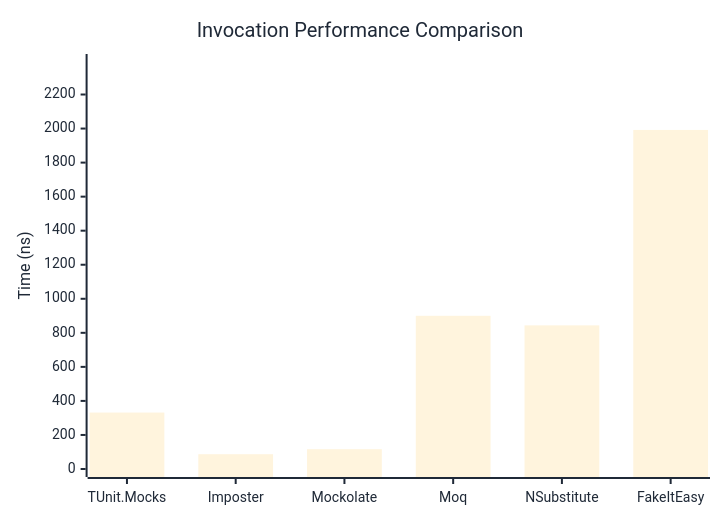
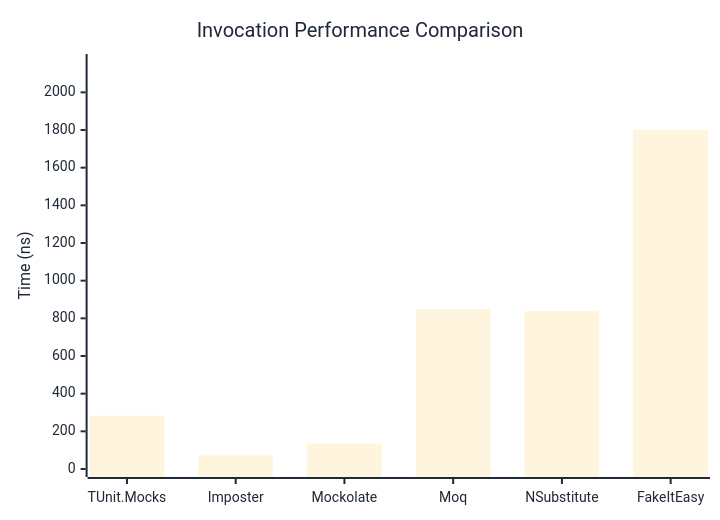
One commit to thomhurst/TUnit changed the first of 3 diagrams in docs/docs/benchmarks/mocks/Invocation.md. Above: the diagram before and after it, drawn with Mermaid. The commit also changed other lines of this file and 14 other files, not shown here.

````diff
--- a/docs/docs/benchmarks/mocks/Invocation.md
+++ b/docs/docs/benchmarks/mocks/Invocation.md
@@ -30,27 +30,27 @@
 ```mermaid
 %%{init: {
   'theme':'base',
   'themeVariables': {
     'primaryColor': '#2563eb',
     'primaryTextColor': '#1f2937',
     'primaryBorderColor': '#1e40af',
     'lineColor': '#6b7280',
     'secondaryColor': '#7c3aed',
     'tertiaryColor': '#dc2626',
     'background': '#ffffff',
     'pie1': '#2563eb',
     'pie2': '#7c3aed',
     'pie3': '#dc2626',
     'pie4': '#f59e0b',
     'pie5': '#10b981',
     'pie6': '#06b6d4',
     'pie7': '#ec4899',
     'pie8': '#6366f1'
   }
 }}%%
 xychart-beta
   title "Invocation Performance Comparison"
   x-axis ["TUnit.Mocks", "Imposter", "Mockolate", "Moq", "NSubstitute", "FakeItEasy"]
-  y-axis "Time (ns)" 0 --> 2391
-  bar [331.57, 86.76, 116.39, 900.01, 843.79, 1991.85]
+  y-axis "Time (ns)" 0 --> 2161
+  bar [283.21, 75.71, 135.61, 849.51, 838.22, 1800.03]
 ```
````
